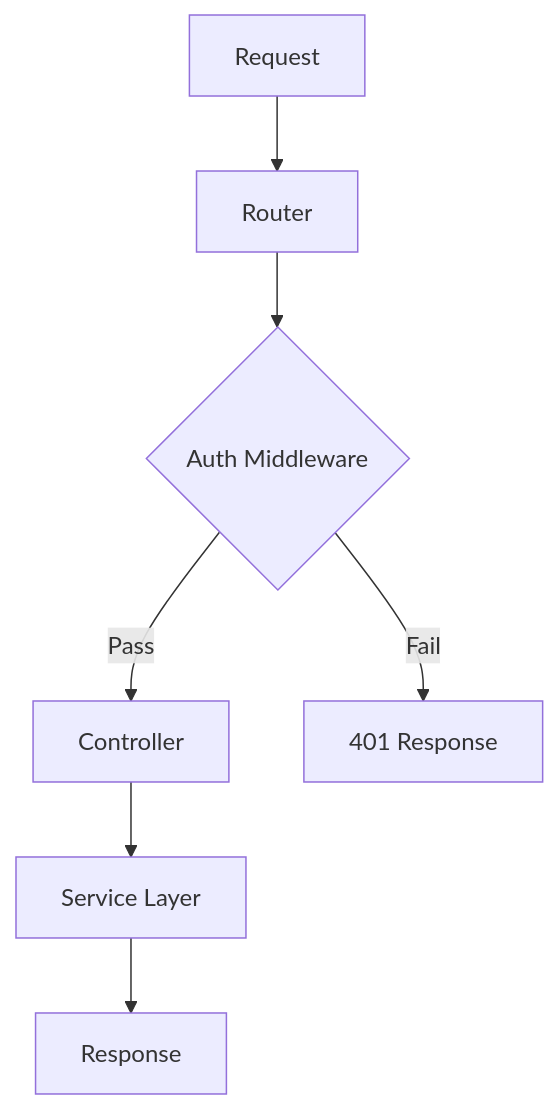
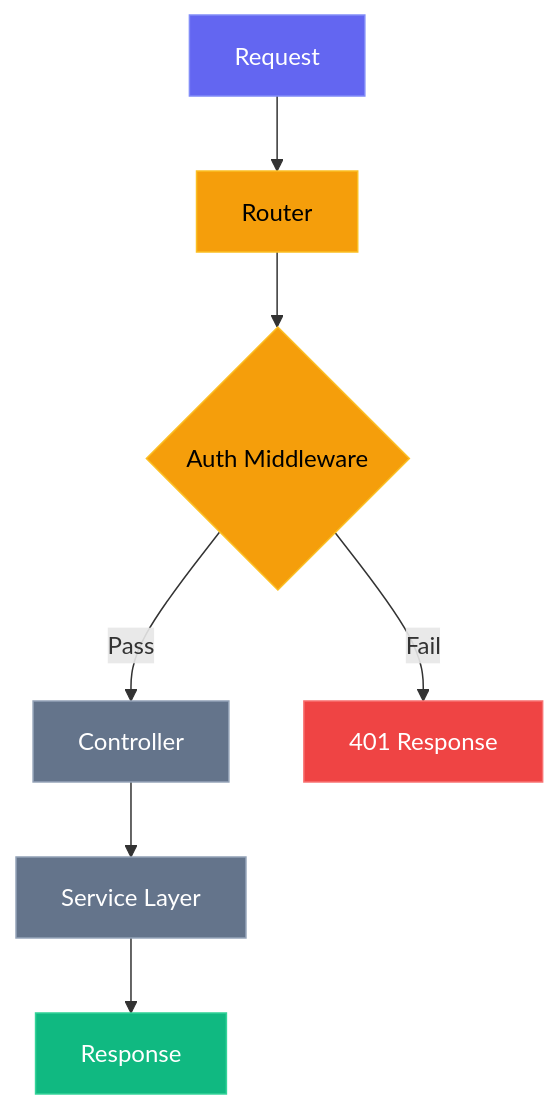
Before and after one commit to Epsilondelta-ai/flowbook: the diagram in examples/api/routes.flow.md, drawn with Mermaid. The commit also changed 6 other files, not shown here.

Commit message:
feat: flow-group coloring in SKILL.md and examples — LLM colors by logical flow group instead of node shape

````diff
--- a/examples/api/routes.flow.md
+++ b/examples/api/routes.flow.md
@@ -9,9 +9,21 @@
 ```mermaid
 flowchart TD
     A[Request] --> B[Router]
     B --> C{Auth Middleware}
     C -->|Pass| D[Controller]
     C -->|Fail| E[401 Response]
     D --> F[Service Layer]
     F --> G[Response]
+
+    classDef entry fill:#6366f1,stroke:#818cf8,color:#fff
+    classDef validation fill:#f59e0b,stroke:#fbbf24,color:#000
+    classDef success fill:#10b981,stroke:#34d399,color:#fff
+    classDef error fill:#ef4444,stroke:#f87171,color:#fff
+    classDef processing fill:#64748b,stroke:#94a3b8,color:#fff
+
+    class A entry
+    class B,C validation
+    class D,F processing
+    class E error
+    class G success
 ```
````
